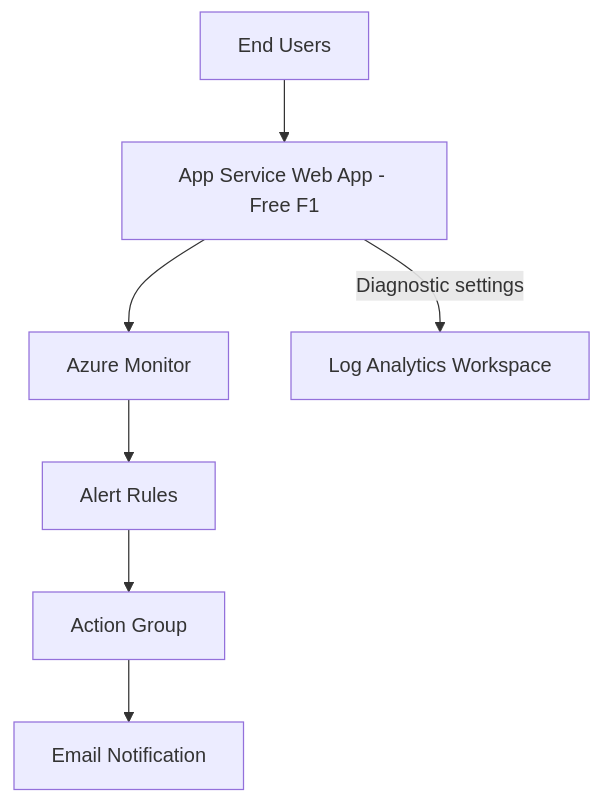
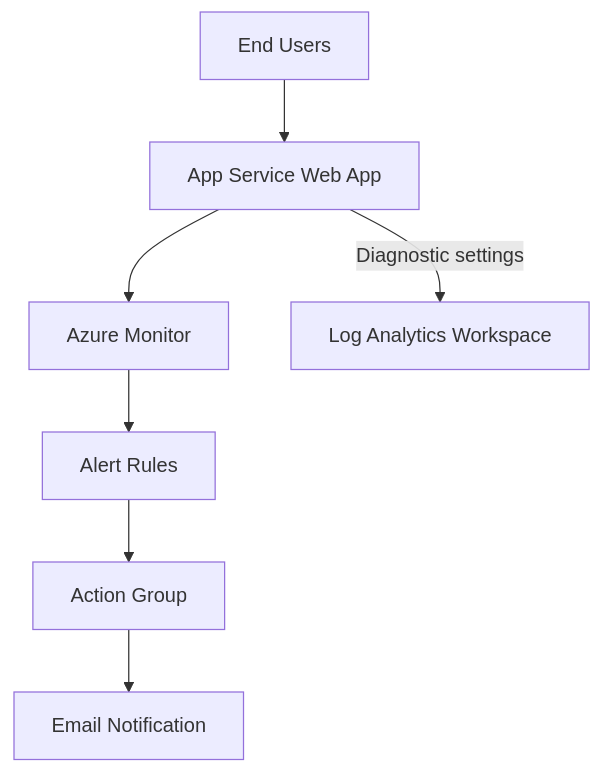
The diagram in README.md (hamdani-al/Azure-Web-App-Monitoring), drawn with Mermaid before and after one commit. The commit also changed other lines of this file, not shown here.

Commit message:
Modify README for App Service Web App and notes
Updated the diagram in README.md to reflect the App Service Web App change and removed the F1 quota note.

````diff
--- a/README.md
+++ b/README.md
@@ -11,9 +11,9 @@
 ```mermaid
 graph TB
-    USER[End Users] --> WEBAPP[App Service Web App - Free F1]
+    USER[End Users] --> WEBAPP[App Service Web App]
     WEBAPP --> MONITOR[Azure Monitor]
     WEBAPP -->|Diagnostic settings| LOGS[Log Analytics Workspace]
     MONITOR --> ALERTS[Alert Rules]
     ALERTS --> AG[Action Group]
     AG --> EMAIL[Email Notification]
 ```
````
